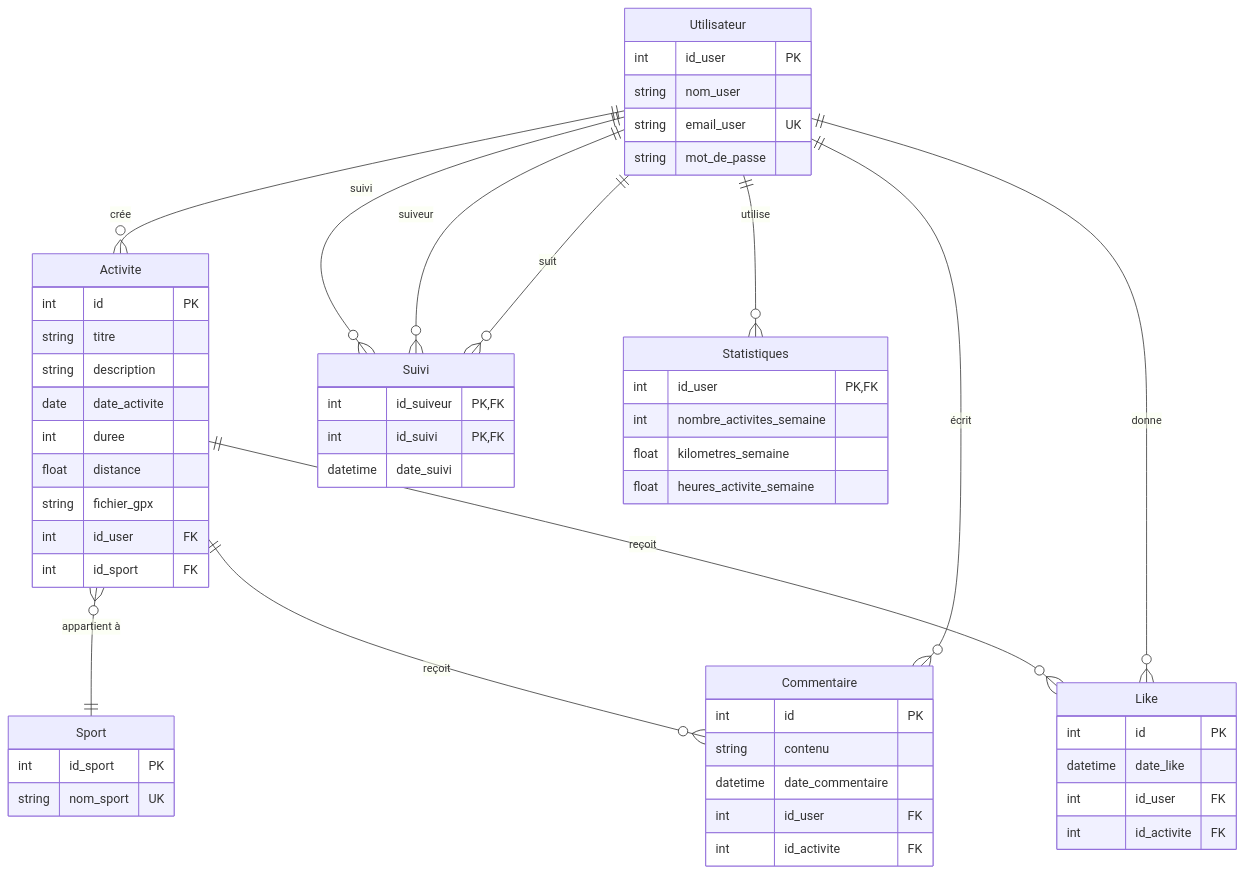
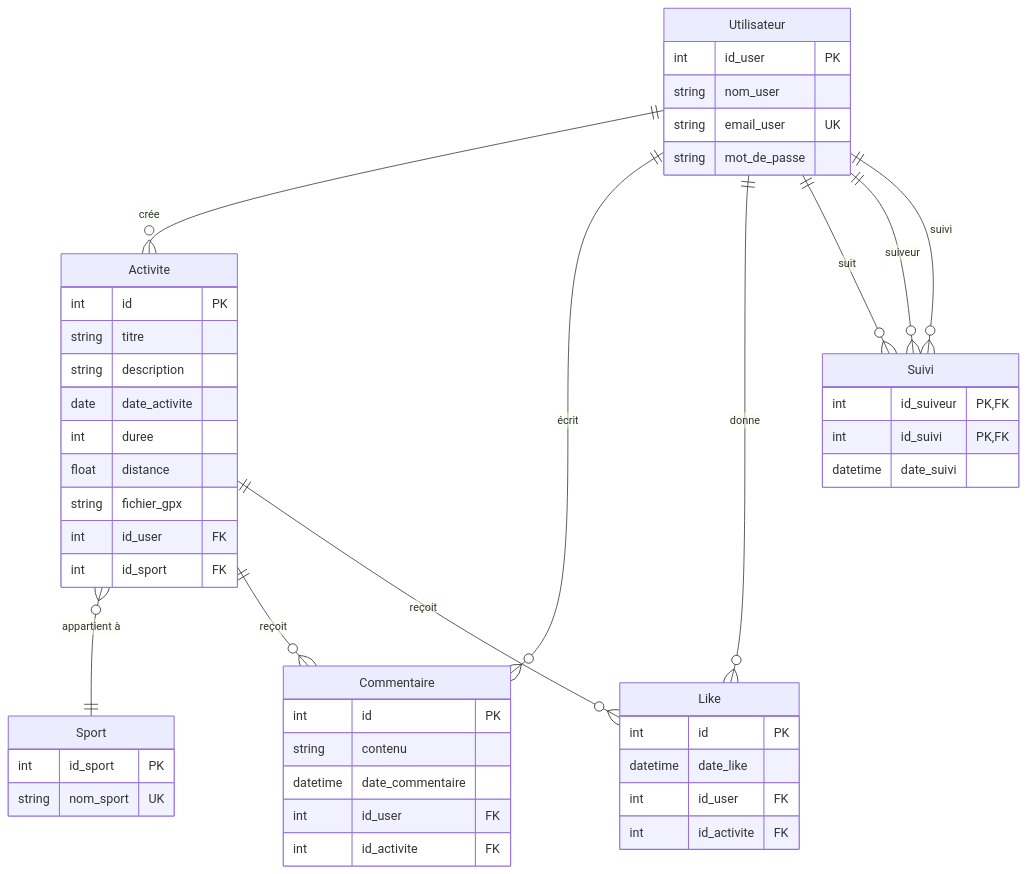
The diagram in modèlle_physique_données.md (TeodoraHub/Info-2A-Strava), drawn with Mermaid before and after one commit.

Commit message:
supprimer stats

````diff
--- a/modèlle_physique_données.md
+++ b/modèlle_physique_données.md
@@ -1,68 +1,61 @@
 ```mermaid
 erDiagram
     Utilisateur {
         int id_user PK
         string nom_user
         string email_user UK
         string mot_de_passe
     }
 
     Sport {
         int id_sport PK
         string nom_sport UK
     }
 
     Activite {
         int id PK
         string titre
         string description
         date date_activite
         int duree
         float distance
         string fichier_gpx
         int id_user FK
         int id_sport FK
     }
 
     Commentaire {
         int id PK
         string contenu
         datetime date_commentaire
         int id_user FK
         int id_activite FK
     }
 
     Like {
         int id PK
         datetime date_like
         int id_user FK
         int id_activite FK
     }
 
     Suivi {
         int id_suiveur PK, FK
         int id_suivi PK, FK
         datetime date_suivi
     }
 
-    Statistiques {
-        int id_user PK, FK
-        int nombre_activites_semaine
-        float kilometres_semaine
-        float heures_activite_semaine
-    }
 
     %% Relations
     Utilisateur ||--o{ Activite : "crée"
     Utilisateur ||--o{ Commentaire : "écrit"
     Utilisateur ||--o{ Like : "donne"
     Utilisateur ||--o{ Suivi : "suit"
-    Utilisateur ||--o{ Statistiques : "utilise"
 
     Activite }o--|| Sport : "appartient à"
     Activite ||--o{ Commentaire : "reçoit"
     Activite ||--o{ Like : "reçoit"
 
     Suivi }o--|| Utilisateur : "suiveur"
     Suivi }o--|| Utilisateur : "suivi"
 ```
````
